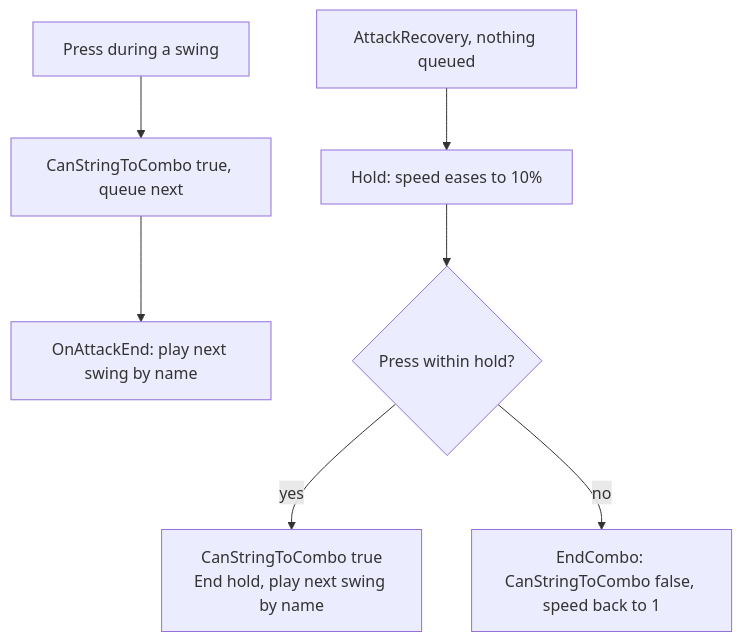
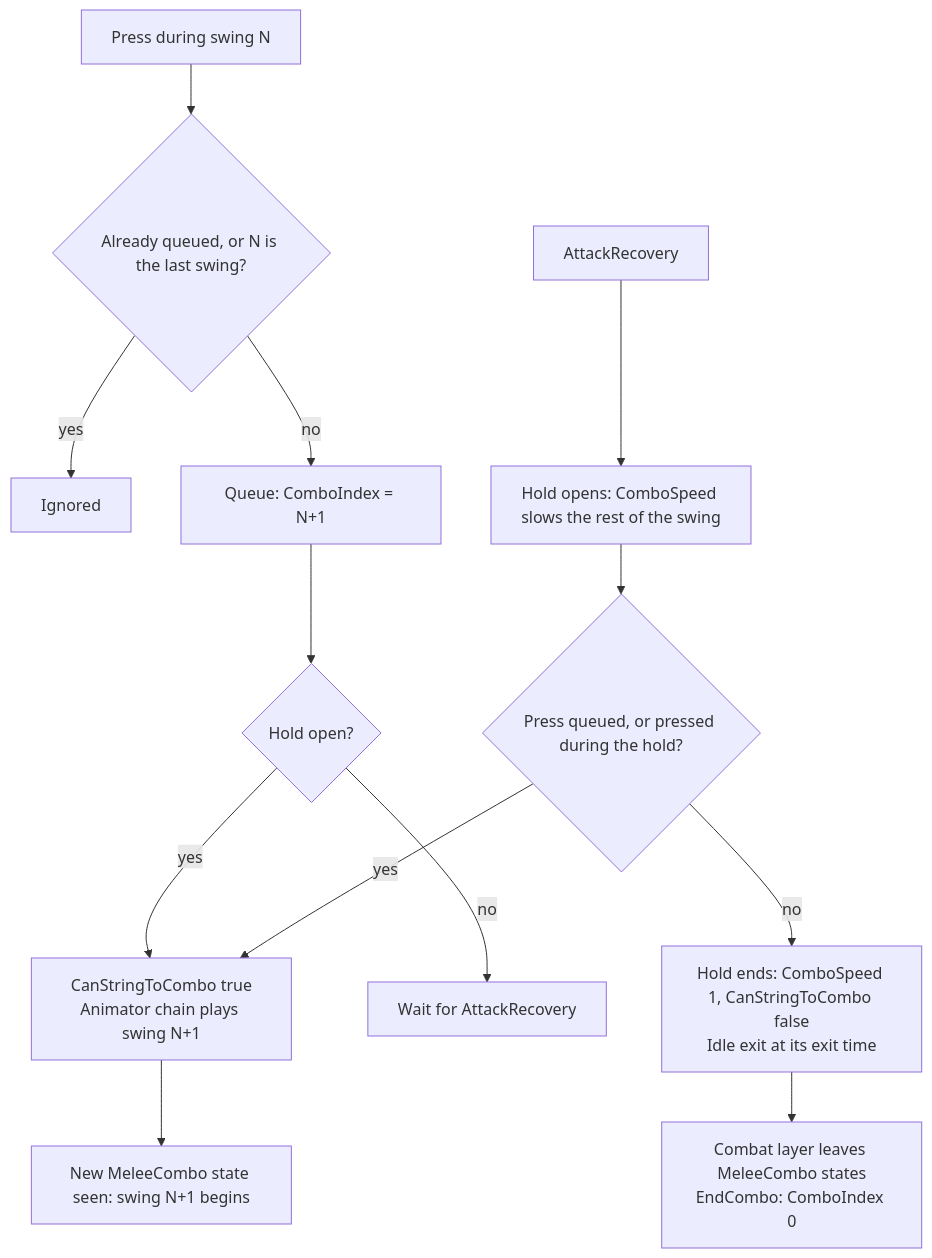
The fifth of 17 diagrams in Docs/DECISION_TREES.md (Relativ9/Sol), drawn with Mermaid before and after one commit. The commit also changed other lines of this file and 135 other files, not shown here.

Commit message:
Updated documentation, finalized melee combo system with 1 demo combo for the player. Started on enemy AI work, still ongoing.

````diff
--- a/Docs/DECISION_TREES.md
+++ b/Docs/DECISION_TREES.md
@@ -105,9 +107,15 @@
 ```mermaid
 flowchart TD
-  A["Press during a swing"] --> B["CanStringToCombo true, queue next"]
-  B --> C["OnAttackEnd: play next swing by name"]
-  H["AttackRecovery, nothing queued"] --> I["Hold: speed eases to 10%"]
-  I --> J{"Press within hold?"}
-  J -- yes --> K["CanStringToCombo true\nEnd hold, play next swing by name"]
-  J -- no --> L["EndCombo: CanStringToCombo false, speed back to 1"]
+  A["Press during swing N"] --> B{"Already queued, or N is the last swing?"}
+  B -- yes --> X["Ignored"]
+  B -- no --> C["Queue: ComboIndex = N+1"]
+  C --> D{"Hold open?"}
+  D -- yes --> E["CanStringToCombo true\nAnimator chain plays swing N+1"]
+  D -- no --> F["Wait for AttackRecovery"]
+  H["AttackRecovery"] --> I["Hold opens: ComboSpeed slows the rest of the swing"]
+  I --> J{"Press queued, or pressed during the hold?"}
+  J -- yes --> E
+  J -- no --> K["Hold ends: ComboSpeed 1, CanStringToCombo false\nIdle exit at its exit time"]
+  E --> S["New MeleeCombo state seen: swing N+1 begins"]
+  K --> L["Combat layer leaves MeleeCombo states\nEndCombo: ComboIndex 0"]
 ```
````
